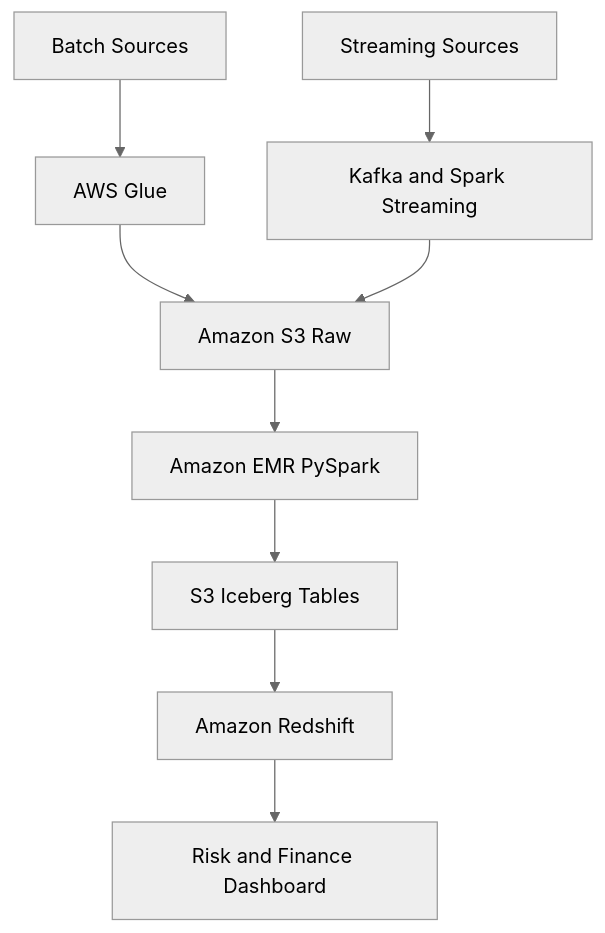
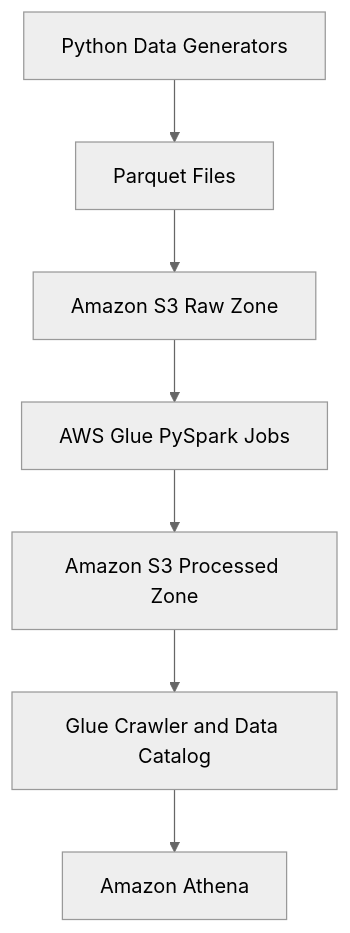
The first of 2 diagrams in README.md (AbdulAdnan6373/capital-markets-trade-risk-platform), drawn with Mermaid (neutral theme) before and after one commit. The commit also changed other lines of this file, not shown here.

Commit message:
Update README with completed project architecture

````diff
--- a/README.md
+++ b/README.md
@@ -26,11 +15,9 @@
 ```mermaid
 flowchart TD
-    A["Batch Sources"] --> C["AWS Glue"]
-    B["Streaming Sources"] --> D["Kafka and Spark Streaming"]
-    C --> E["Amazon S3 Raw"]
-    D --> E
-    E --> F["Amazon EMR PySpark"]
-    F --> G["S3 Iceberg Tables"]
-    G --> H["Amazon Redshift"]
-    H --> I["Risk and Finance Dashboard"]
+    A["Python Data Generators"] --> B["Parquet Files"]
+    B --> C["Amazon S3 Raw Zone"]
+    C --> D["AWS Glue PySpark Jobs"]
+    D --> E["Amazon S3 Processed Zone"]
+    E --> F["Glue Crawler and Data Catalog"]
+    F --> G["Amazon Athena"]
 ```
````
